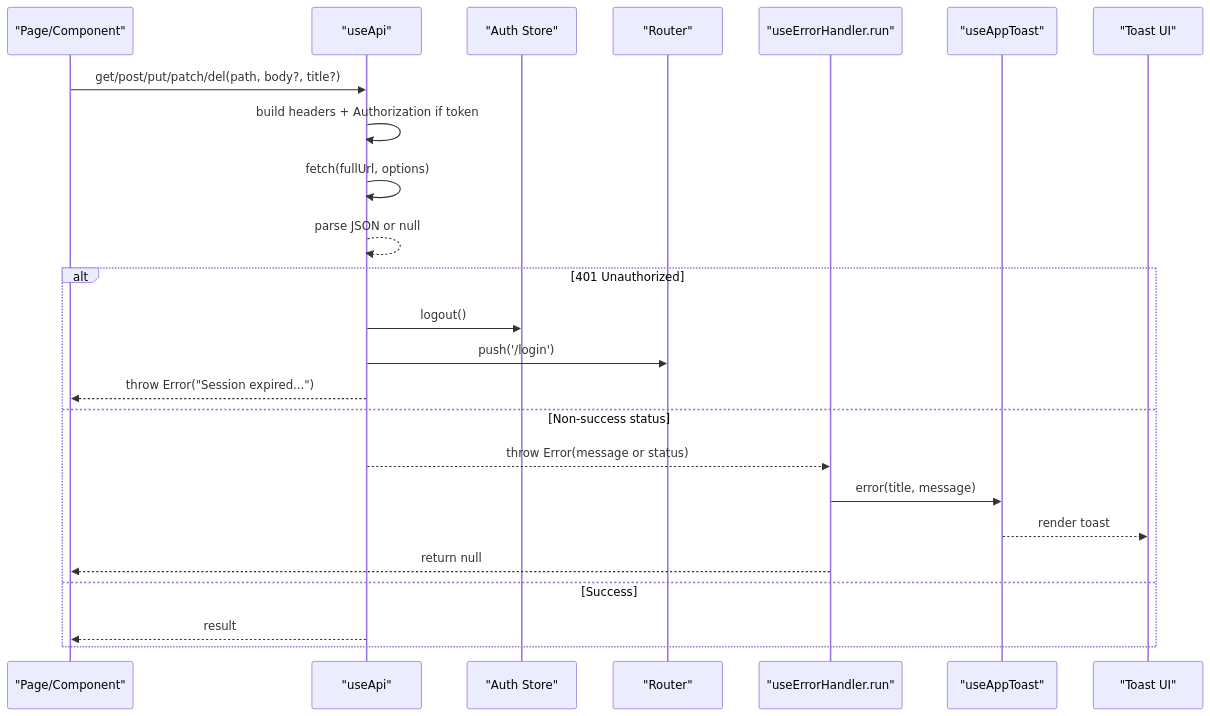
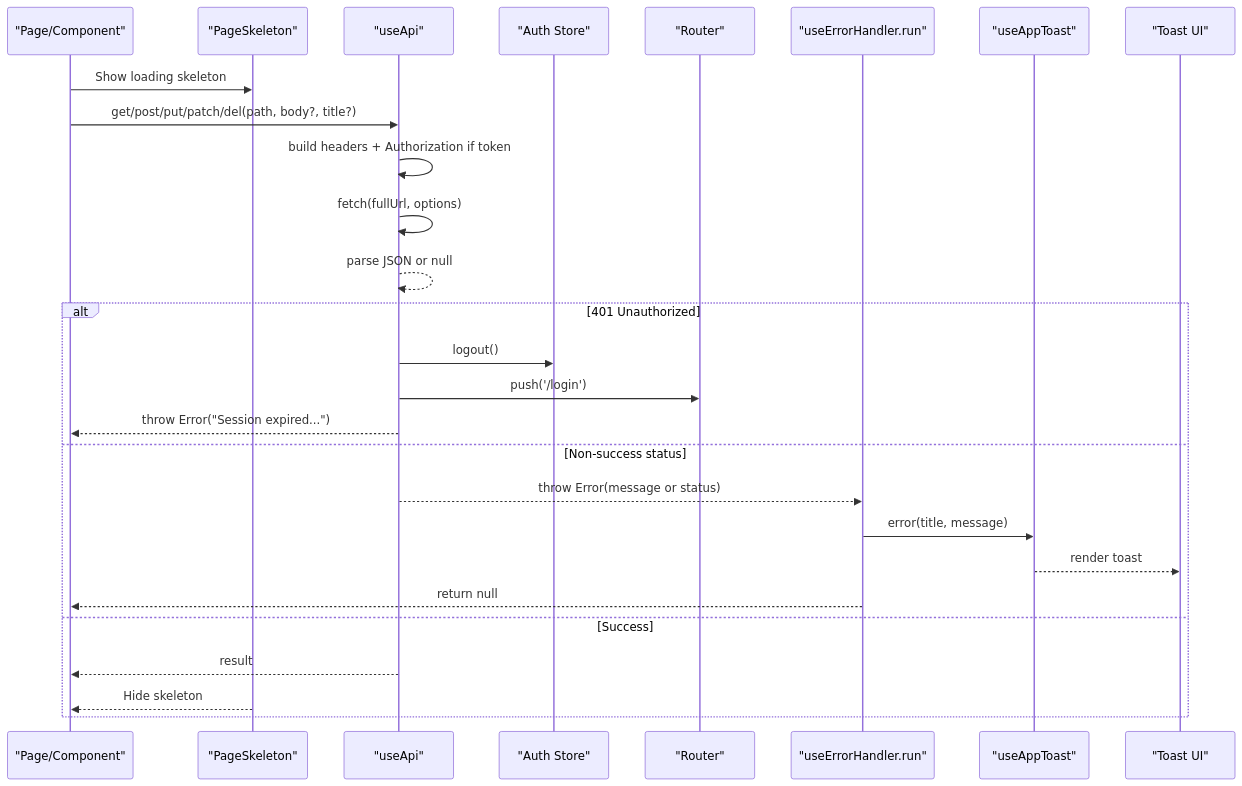
The second of 8 diagrams in .qoder/repowiki/en/content/Architecture & Design/API Integration & Communication.md (Lazynerd-Studios/lacarte-atlas-console), drawn with Mermaid before and after one commit. The commit also changed other lines of this file and 14 other files, not shown here.

````diff
--- a/.qoder/repowiki/en/content/Architecture & Design/API Integration & Communication.md
+++ b/.qoder/repowiki/en/content/Architecture & Design/API Integration & Communication.md
@@ -120,26 +157,29 @@
 ```mermaid
 sequenceDiagram
 participant Page as "Page/Component"
+participant Skeleton as "PageSkeleton"
 participant Api as "useApi"
 participant Auth as "Auth Store"
 participant Router as "Router"
 participant Err as "useErrorHandler.run"
 participant Toast as "useAppToast"
 participant UI as "Toast UI"
+Page->>Skeleton : Show loading skeleton
 Page->>Api : get/post/put/patch/del(path, body?, title?)
 Api->>Api : build headers + Authorization if token
 Api->>Api : fetch(fullUrl, options)
 Api-->>Api : parse JSON or null
 alt 401 Unauthorized
 Api->>Auth : logout()
 Api->>Router : push('/login')
 Api-->>Page : throw Error("Session expired...")
 else Non-success status
 Api-->>Err : throw Error(message or status)
 Err->>Toast : error(title, message)
 Toast-->>UI : render toast
 Err-->>Page : return null
 else Success
 Api-->>Page : result
+Skeleton-->>Page : Hide skeleton
 end
 ```
````
